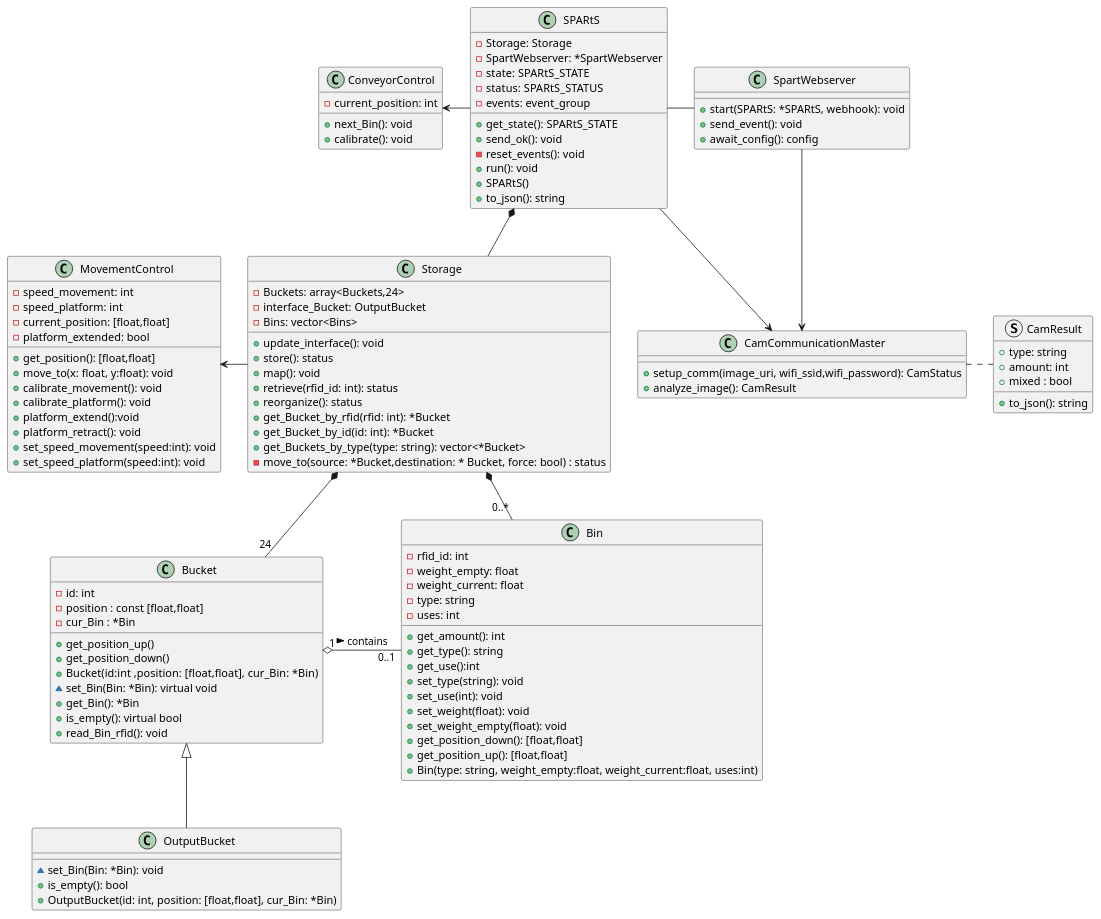
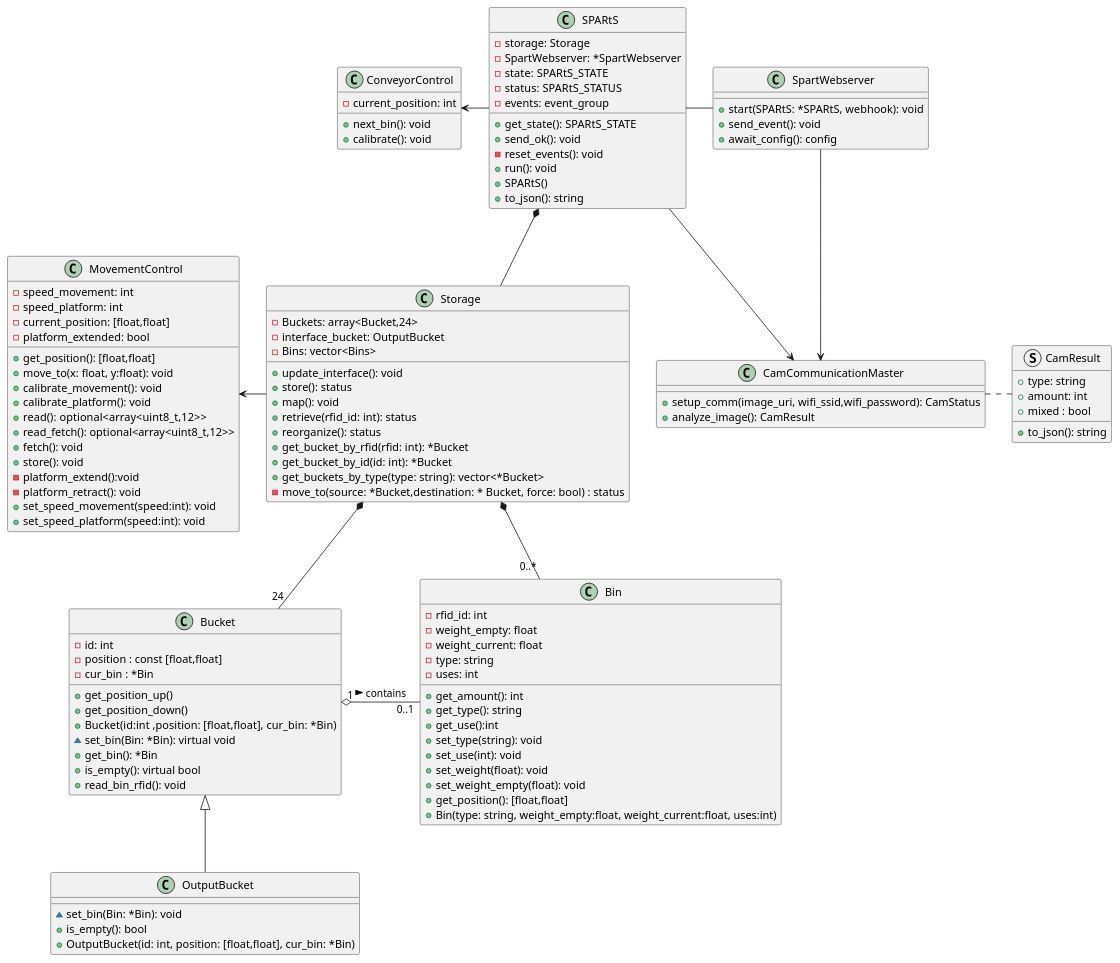
The diagram in docs/Design/class/class.plantuml (walger-lucas/SPARtS), drawn with PlantUML before and after one commit. The commit also changed 20 other files, not shown here.

Commit message:
Added basic functionality on esp cam and other diagrams

```diff
--- a/docs/Design/class/class.plantuml
+++ b/docs/Design/class/class.plantuml
@@ -1,128 +1,131 @@
 @startuml class_diagram
 
 class Bin {
     - rfid_id: int
     - weight_empty: float
     - weight_current: float
     - type: string
     - uses: int
     + get_amount(): int 
     + get_type(): string
     + get_use():int
     + set_type(string): void
     + set_use(int): void
     + set_weight(float): void
     + set_weight_empty(float): void
-    + get_position_down(): [float,float]
-    + get_position_up(): [float,float]
+    + get_position(): [float,float]
     + Bin(type: string, weight_empty:float, weight_current:float, uses:int)
 }
 
 class Bucket {
     - id: int
     - position : const [float,float]
-    - cur_Bin : *Bin
+    - cur_bin : *Bin
     + get_position_up()
     + get_position_down()
-    + Bucket(id:int ,position: [float,float],  cur_Bin: *Bin)
-    ~ set_Bin(Bin: *Bin): virtual void
-    + get_Bin(): *Bin
+    + Bucket(id:int ,position: [float,float],  cur_bin: *Bin)
+    ~ set_bin(Bin: *Bin): virtual void
+    + get_bin(): *Bin
     + is_empty(): virtual bool
-    + read_Bin_rfid(): void
+    + read_bin_rfid(): void
 
 }
 
 class OutputBucket {
-    ~ set_Bin(Bin: *Bin): void
+    ~ set_bin(Bin: *Bin): void
     + is_empty(): bool
-    + OutputBucket(id: int, position: [float,float], cur_Bin: *Bin)
+    + OutputBucket(id: int, position: [float,float], cur_bin: *Bin)
 }
 
 class Storage
 {
-    - Buckets: array<Buckets,24>
-    - interface_Bucket: OutputBucket
+    - Buckets: array<Bucket,24>
+    - interface_bucket: OutputBucket
     - Bins: vector<Bins>
     + update_interface(): void
     + store(): status
     + map(): void
     + retrieve(rfid_id: int): status
     + reorganize(): status
-    + get_Bucket_by_rfid(rfid: int): *Bucket
-    + get_Bucket_by_id(id: int): *Bucket
-    + get_Buckets_by_type(type: string): vector<*Bucket>
+    + get_bucket_by_rfid(rfid: int): *Bucket
+    + get_bucket_by_id(id: int): *Bucket
+    + get_buckets_by_type(type: string): vector<*Bucket>
     - move_to(source: *Bucket,destination: * Bucket, force: bool) : status
 }
 
 Bucket "1" o- "0..1" Bin : contains >
 Bucket <|-- OutputBucket
 
 Storage *-- "24" Bucket
 Storage *-- "0..*" Bin
 
 class SPARtS {
-    - Storage: Storage
+    - storage: Storage
     - SpartWebserver: *SpartWebserver
     - state: SPARtS_STATE
     - status: SPARtS_STATUS
     - events: event_group
     + get_state(): SPARtS_STATE
     + send_ok(): void
     - reset_events(): void
     + run(): void
     + SPARtS()
     + to_json(): string
 }
 
 SPARtS *-- Storage
 
 class SpartWebserver {
     + start(SPARtS: *SPARtS, webhook): void
     + send_event(): void
     + await_config(): config
 }
 SPARtS - SpartWebserver
 
 class CamCommunicationMaster {
     + setup_comm(image_uri, wifi_ssid,wifi_password): CamStatus
     + analyze_image(): CamResult
 }
 SPARtS --> CamCommunicationMaster
 SpartWebserver --> CamCommunicationMaster
 
 MovementControl <-r- Storage
 
 struct CamResult {
     + type: string
     + amount: int
     + mixed : bool
     + to_json(): string
 }
 CamCommunicationMaster . CamResult
 
 class ConveyorControl {
     - current_position: int
-    + next_Bin(): void
+    + next_bin(): void
     + calibrate(): void
 }
 
 ConveyorControl <- SPARtS
 
 class MovementControl {
     - speed_movement: int
     - speed_platform: int
     - current_position: [float,float]
     - platform_extended: bool
     + get_position(): [float,float]
     + move_to(x: float, y:float): void
     + calibrate_movement(): void
     + calibrate_platform(): void
-    + platform_extend():void 
-    + platform_retract(): void
+    + read():  optional<array<uint8_t,12>>
+    + read_fetch(): optional<array<uint8_t,12>>
+    + fetch(): void
+    + store(): void
+    - platform_extend():void 
+    - platform_retract(): void
     + set_speed_movement(speed:int): void
     + set_speed_platform(speed:int): void
 
 }
 
 
 @enduml
```
